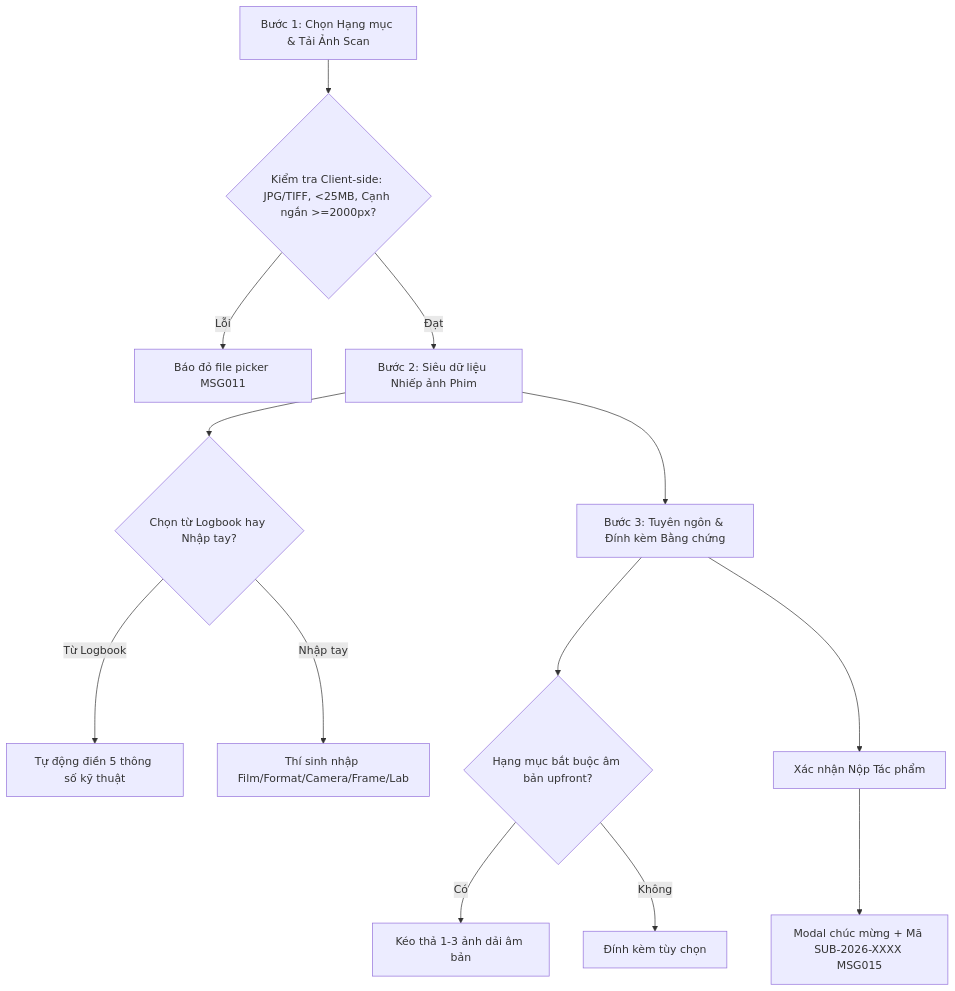
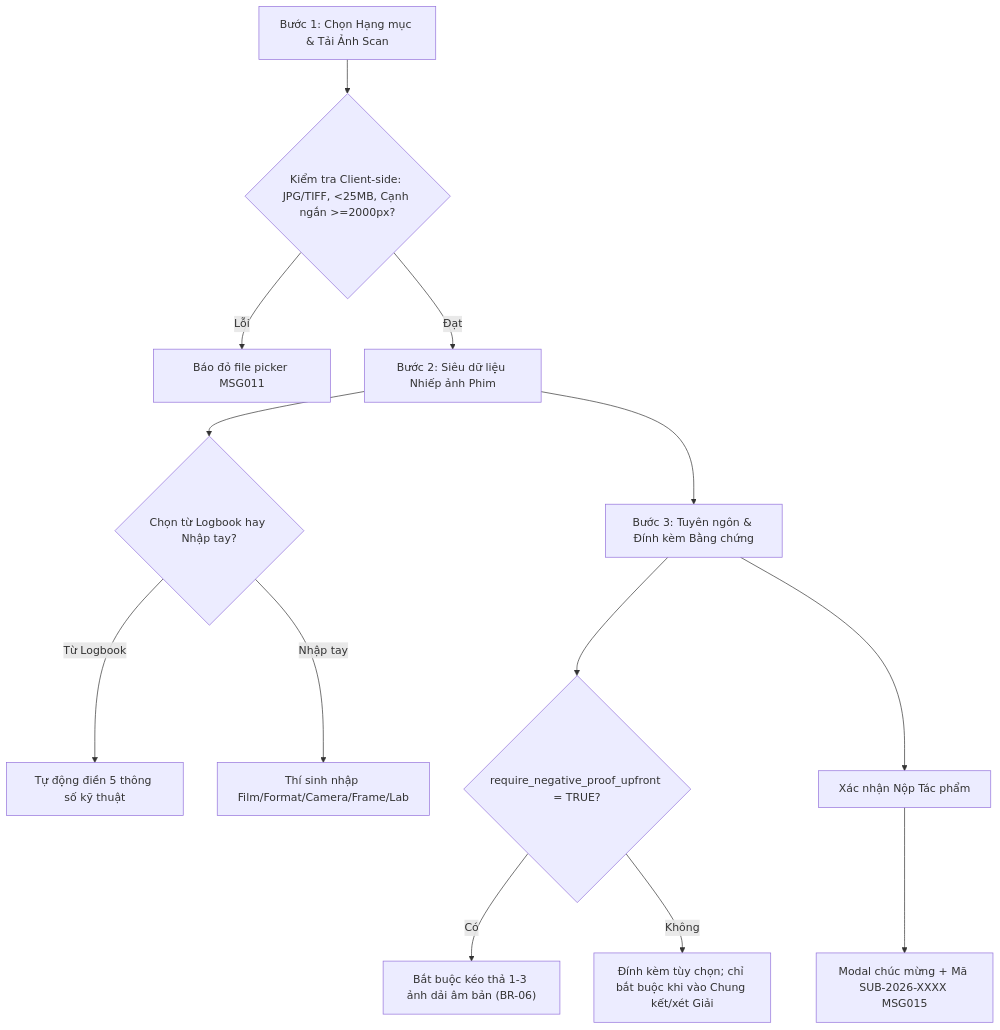
One commit to hnamhocit/cnpm_110 changed the third of 3 diagrams in docs/05-submission-and-proof.md. Above: the diagram before and after it, drawn with Mermaid. The commit also changed other lines of this file and 1 other file, not shown here.

````diff
--- a/docs/05-submission-and-proof.md
+++ b/docs/05-submission-and-proof.md
@@ -427,15 +456,15 @@
 ```mermaid
 flowchart TD
     Step1["Bước 1: Chọn Hạng mục & Tải Ảnh Scan"] --> CheckFile{Kiểm tra Client-side: JPG/TIFF, <25MB, Cạnh ngắn >=2000px?}
     CheckFile -- Lỗi --> ErrMsg11["Báo đỏ file picker MSG011"]
     CheckFile -- Đạt --> Step2["Bước 2: Siêu dữ liệu Nhiếp ảnh Phim"]
     Step2 --> ChooseSource{Chọn từ Logbook hay Nhập tay?}
     ChooseSource -- Từ Logbook --> AutoFill["Tự động điền 5 thông số kỹ thuật"]
     ChooseSource -- Nhập tay --> ManualFill["Thí sinh nhập Film/Format/Camera/Frame/Lab"]
     Step2 --> Step3["Bước 3: Tuyên ngôn & Đính kèm Bằng chứng"]
-    Step3 --> CheckUpfront{Hạng mục bắt buộc âm bản upfront?}
-    CheckUpfront -- Có --> RequireProof["Kéo thả 1-3 ảnh dải âm bản"]
-    CheckUpfront -- Không --> OptionalProof["Đính kèm tùy chọn"]
+    Step3 --> CheckUpfront{require_negative_proof_upfront = TRUE?}
+    CheckUpfront -- Có --> RequireProof["Bắt buộc kéo thả 1-3 ảnh dải âm bản (BR-06)"]
+    CheckUpfront -- Không --> OptionalProof["Đính kèm tùy chọn; chỉ bắt buộc khi vào Chung kết/xét Giải"]
     Step3 --> ConfirmSubmit["Xác nhận Nộp Tác phẩm"]
     ConfirmSubmit --> ModalSuccess["Modal chúc mừng + Mã SUB-2026-XXXX MSG015"]
 ```
````
